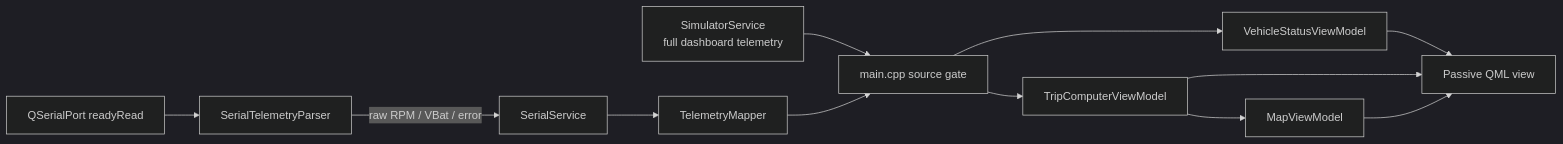
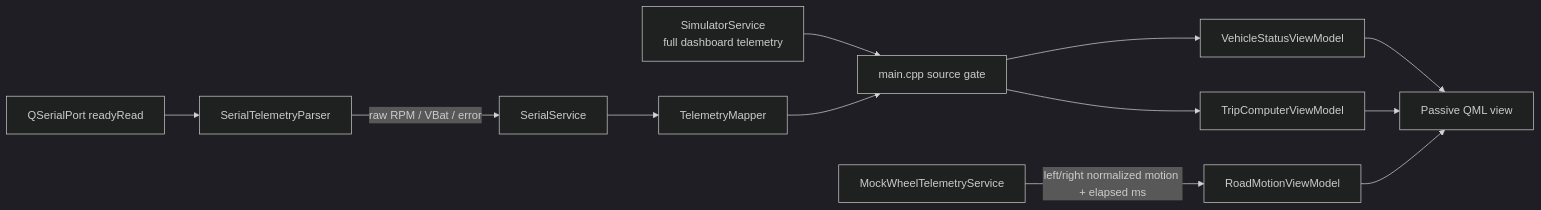
Before and after one commit to BUITANHUNG0411/CyberDash-STM32: the diagram in docs/architecture.md, drawn with Mermaid (dark theme). The commit also changed other lines of this file and 7 other files, not shown here.

````diff
--- a/docs/architecture.md
+++ b/docs/architecture.md
@@ -29,14 +29,14 @@
 ```mermaid
 flowchart LR
     Simulator[SimulatorService<br/>full dashboard telemetry] --> Main[main.cpp source gate]
     Port[QSerialPort readyRead] --> Parser[SerialTelemetryParser]
     Parser -->|raw RPM / VBat / error| Serial[SerialService]
     Serial --> Mapper[TelemetryMapper]
     Mapper --> Main
     Main --> Status[VehicleStatusViewModel]
     Main --> Trip[TripComputerViewModel]
-    Trip --> Map[MapViewModel]
+    MockWheel[MockWheelTelemetryService] -->|left/right normalized motion + elapsed ms| Road[RoadMotionViewModel]
     Status --> QML[Passive QML view]
     Trip --> QML
-    Map --> QML
+    Road --> QML
 ```
````
